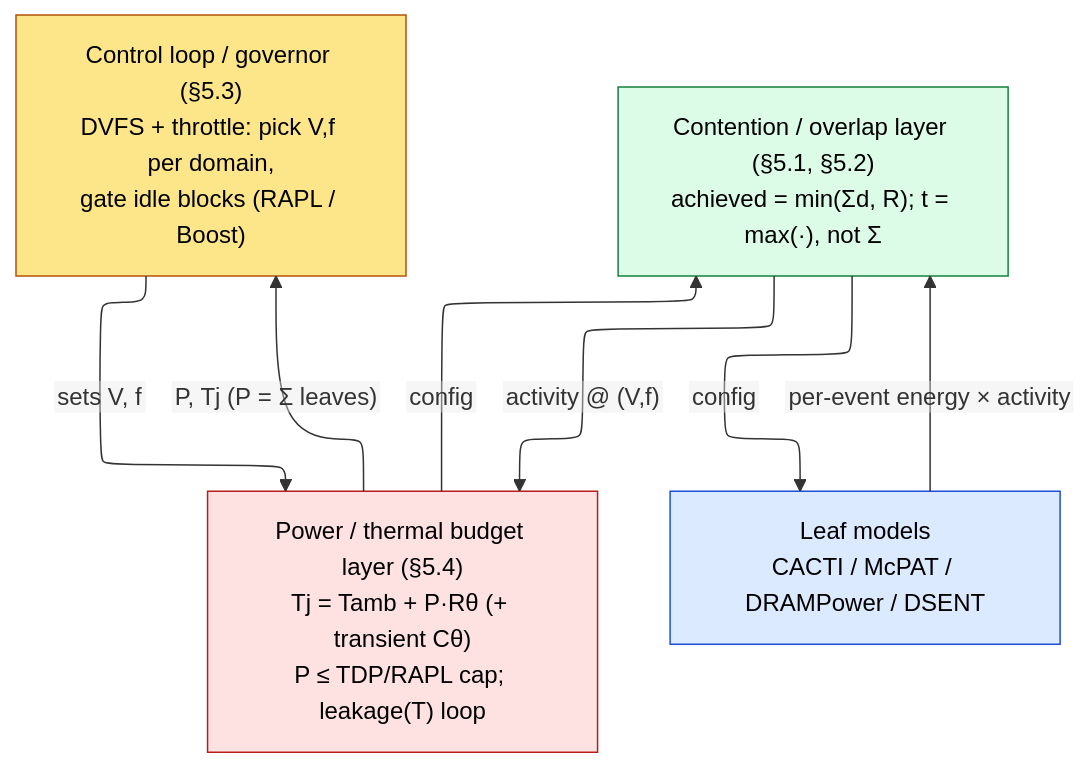
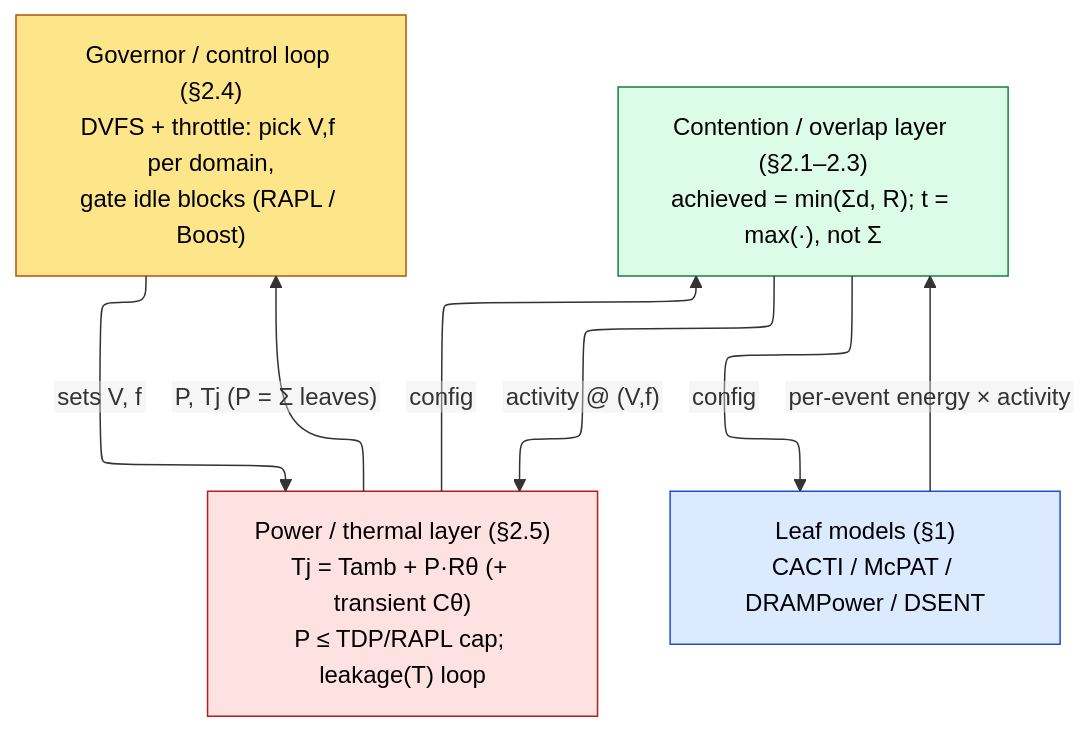
One commit to Wty2003328/silicon-design-notebook changed the second of 2 diagrams in 01_Architecture_and_PPA/02_Full_Chip_Modeling.md. Above: the diagram before and after it, drawn with Mermaid. The commit also changed other lines of this file and 26 other files, not shown here.

Commit message:
Concept-first hard rework checkpoint: Architecture, Fundamentals, Power folders complete (~25 pages reworked)

````diff
--- a/01_Architecture_and_PPA/02_Full_Chip_Modeling.md
+++ b/01_Architecture_and_PPA/02_Full_Chip_Modeling.md
@@ -574,22 +251,22 @@
 ```mermaid
 %%{init: {"flowchart": {"defaultRenderer": "elk", "nodeSpacing": 60, "rankSpacing": 60, "htmlLabels": false}}}%%
 flowchart TD
-    GOV["Control loop / governor (§5.3)<br/>DVFS + throttle: pick V,f per domain,<br/>gate idle blocks (RAPL / Boost)"]
-    PWR["Power / thermal budget layer (§5.4)<br/>Tj = Tamb + P·Rθ (+ transient Cθ)<br/>P ≤ TDP/RAPL cap; leakage(T) loop"]
-    CON["Contention / overlap layer (§5.1, §5.2)<br/>achieved = min(Σd, R); t = max(·), not Σ"]
-    LEAF["Leaf models<br/>CACTI / McPAT / DRAMPower / DSENT"]
+    GOV["Governor / control loop (§2.4)<br/>DVFS + throttle: pick V,f per domain,<br/>gate idle blocks (RAPL / Boost)"]
+    PWR["Power / thermal layer (§2.5)<br/>Tj = Tamb + P·Rθ (+ transient Cθ)<br/>P ≤ TDP/RAPL cap; leakage(T) loop"]
+    CON["Contention / overlap layer (§2.1–2.3)<br/>achieved = min(Σd, R); t = max(·), not Σ"]
+    LEAF["Leaf models (§1)<br/>CACTI / McPAT / DRAMPower / DSENT"]
     GOV -->|"sets V, f"| PWR
     PWR -->|config| CON
     CON -->|config| LEAF
     LEAF -->|"per-event energy × activity"| CON
     CON -->|"activity @ (V,f)"| PWR
     PWR -->|"P, Tj  (P = Σ leaves)"| GOV
     classDef g fill:#fde68a,stroke:#b45309,color:#000
     classDef p fill:#fee2e2,stroke:#b91c1c,color:#000
     classDef c fill:#dcfce7,stroke:#15803d,color:#000
     classDef l fill:#dbeafe,stroke:#1d4ed8,color:#000
     class GOV g
     class PWR p
     class CON c
     class LEAF l
 ```
````
